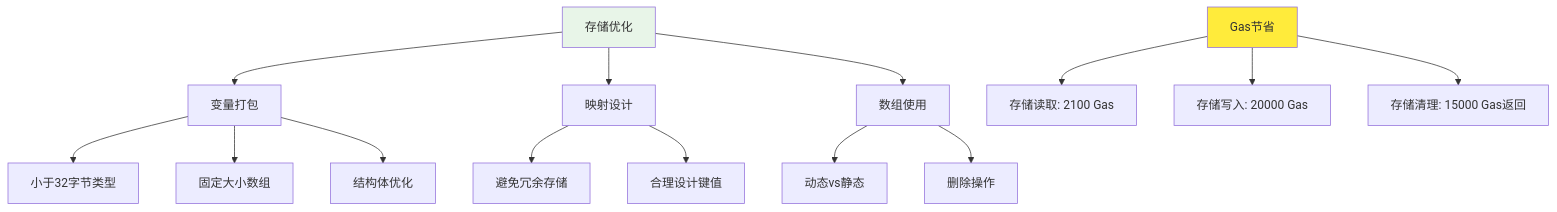
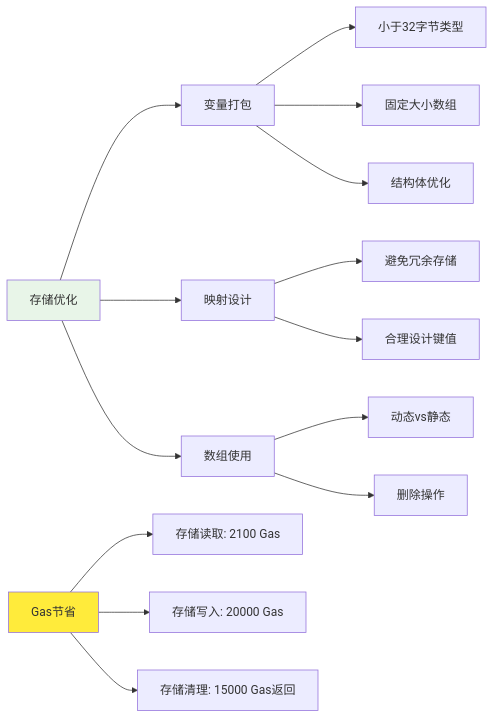
One commit to suogongy/suogongy.github.io changed diagram 17 of 17 in content/notes/evm-account-model.md. Above: the diagram before and after it, drawn with Mermaid. The commit also changed other lines of this file and 1 other file, not shown here.

````diff
--- a/content/notes/evm-account-model.md
+++ b/content/notes/evm-account-model.md
@@ -390,23 +1532,23 @@
 ```mermaid
-graph TD
+graph LR
     A[存储优化] --> B[变量打包]
     A --> C[映射设计]
     A --> D[数组使用]
-    
+
     B --> E[小于32字节类型]
     B --> F[固定大小数组]
     B --> G[结构体优化]
-    
+
     C --> H[避免冗余存储]
     C --> I[合理设计键值]
-    
+
     D --> J[动态vs静态]
     D --> K[删除操作]
-    
+
     L[Gas节省] --> M[存储读取: 2100 Gas]
     L --> N[存储写入: 20000 Gas]
     L --> O[存储清理: 15000 Gas返回]
-    
+
     style A fill:#e8f5e8
     style L fill:#ffeb3b
 ```
````
